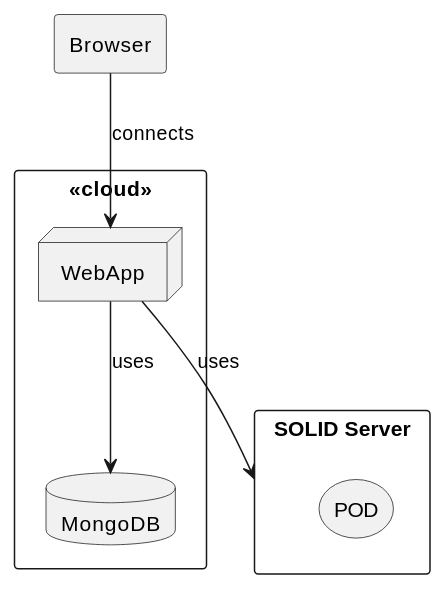
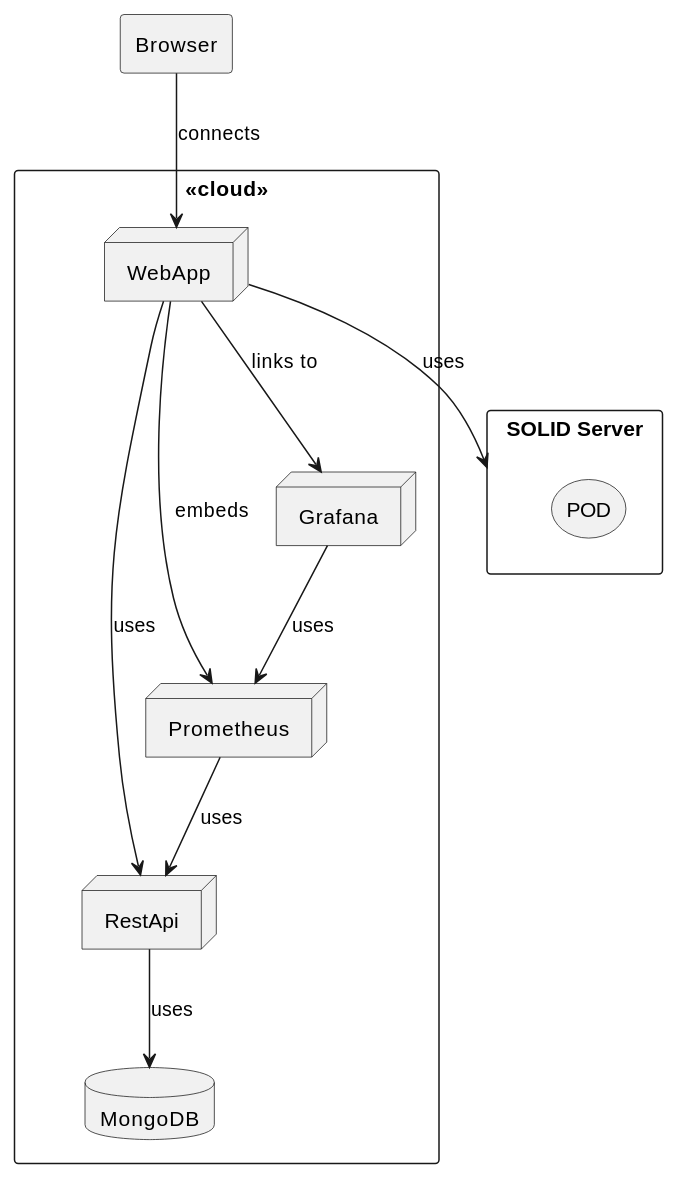
One commit to Arquisoft/radarin_en2b changed the diagram in webapp/docs/07_deployment_view.adoc. Above: the diagram before and after it, drawn with PlantUML. The commit also changed other lines of this file and 3 other files, not shown here.

```diff
--- a/webapp/docs/07_deployment_view.adoc
+++ b/webapp/docs/07_deployment_view.adoc
@@ -39,17 +39,25 @@
 [plantuml, diagram-deployment, svg]
 ....
 @startuml
 rectangle "<<cloud>>" as Cloud {
 node WebApp
+node RestApi
+node Prometheus
+node Grafana
 database MongoDB
-  }
+}
 rectangle "SOLID Server" as SOLID_Server {
 storage POD
-  }
+}
 rectangle Browser
 
 Browser --> WebApp : connects
 WebApp --> SOLID_Server : uses
-WebApp --> MongoDB : uses
+WebApp --> Grafana : links to
+WebApp --> Prometheus : embeds
+WebApp --> RestApi : uses
+Grafana --> Prometheus : uses
+Prometheus --> RestApi : uses
+RestApi --> MongoDB : uses
 @enduml
 ....
```
